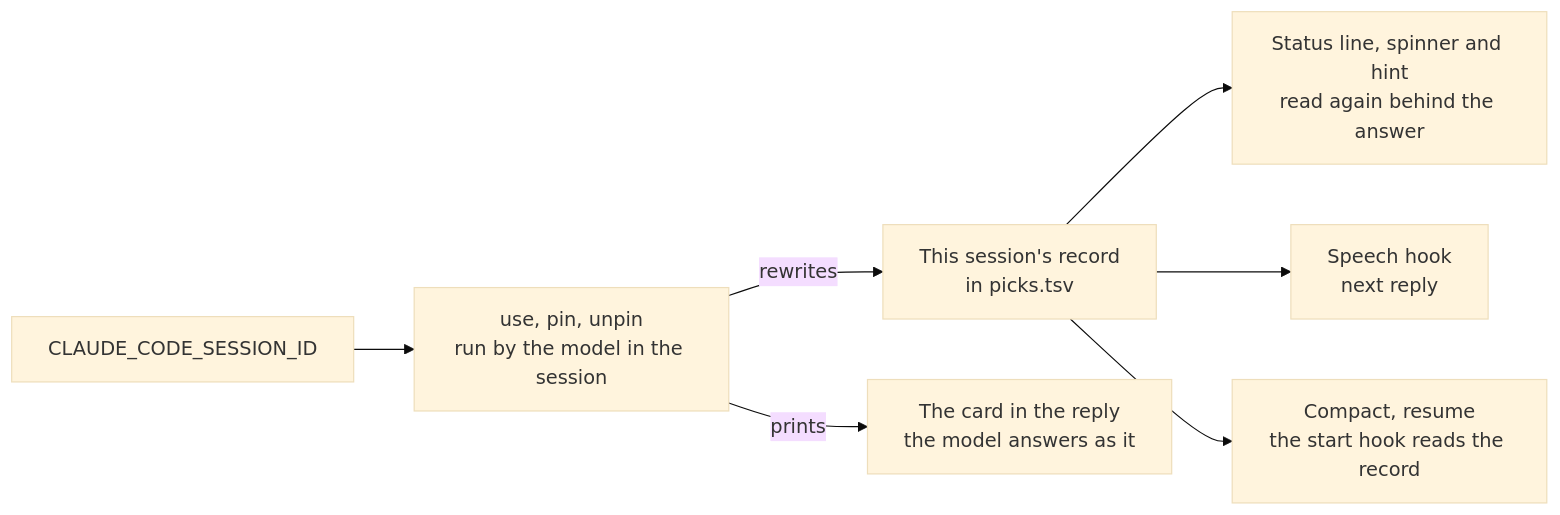
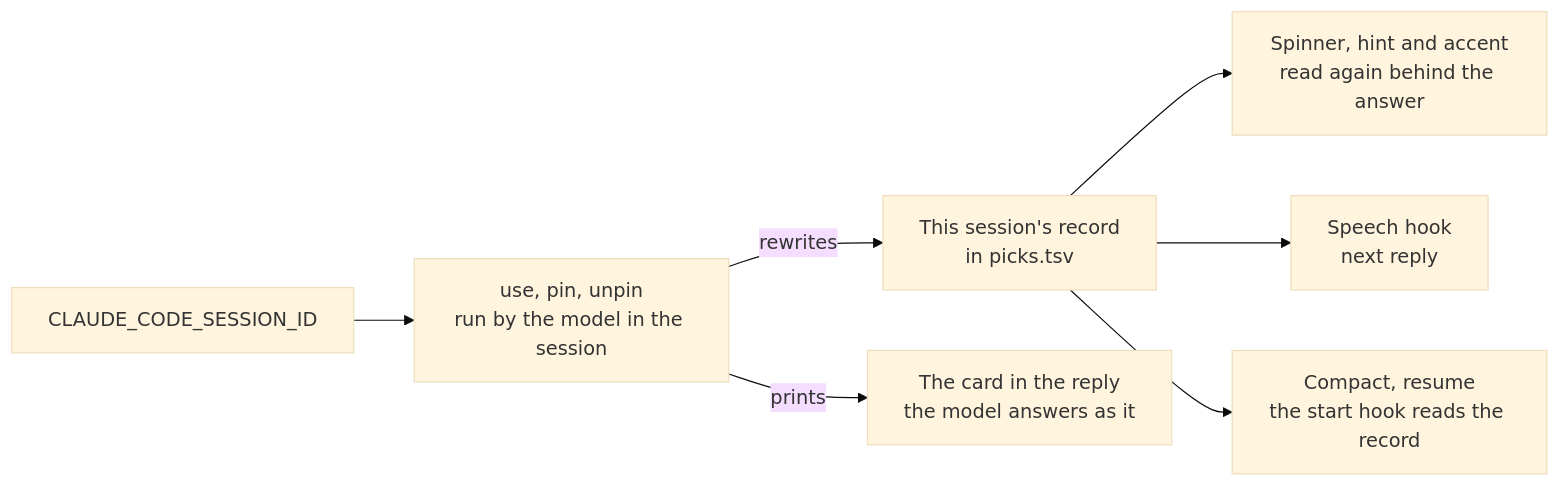
The third of 6 diagrams in apps/web/content/docs/infra/claude-interface/persona-plugin.md (Esposter/Esposter), drawn with Mermaid (base theme) before and after one commit. The commit also changed other lines of this file and 20 other files, not shown here.

````diff
--- a/apps/web/content/docs/infra/claude-interface/persona-plugin.md
+++ b/apps/web/content/docs/infra/claude-interface/persona-plugin.md
@@ -123,17 +123,17 @@
 ```mermaid
 flowchart LR
     Verb["use, pin, unpin<br/>run by the model in the session"]
     Env["CLAUDE_CODE_SESSION_ID"]
     Record["This session's record<br/>in picks.tsv"]
     Reply["The card in the reply<br/>the model answers as it"]
-    Line["Status line, spinner and hint<br/>read again behind the answer"]
+    Line["Spinner, hint and accent<br/>read again behind the answer"]
     Speech["Speech hook<br/>next reply"]
     Restart["Compact, resume<br/>the start hook reads the record"]
 
     Env --> Verb
     Verb -->|rewrites| Record
     Verb -->|prints| Reply
     Record --> Line
     Record --> Speech
     Record --> Restart
 ```
````
